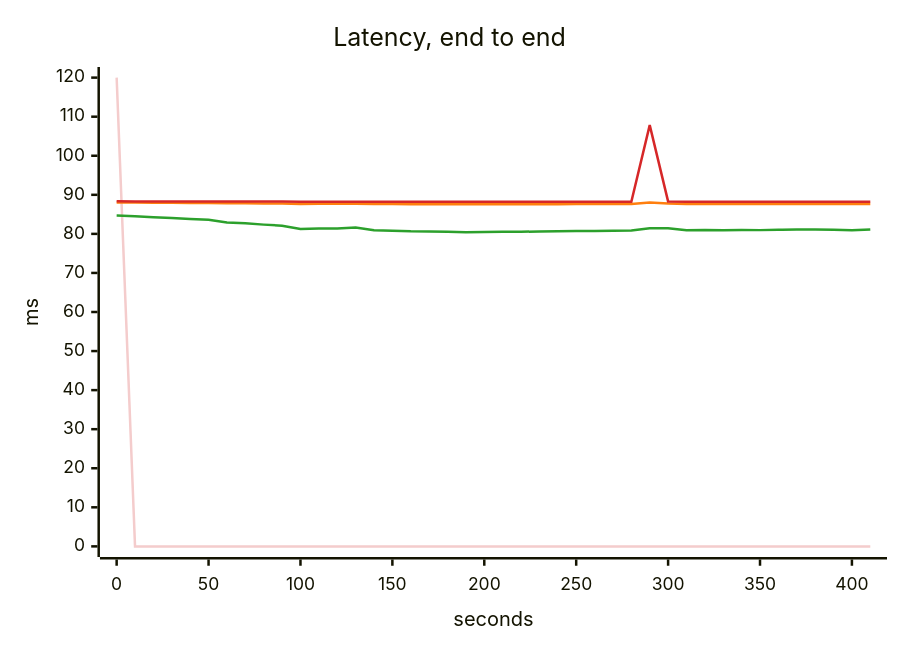
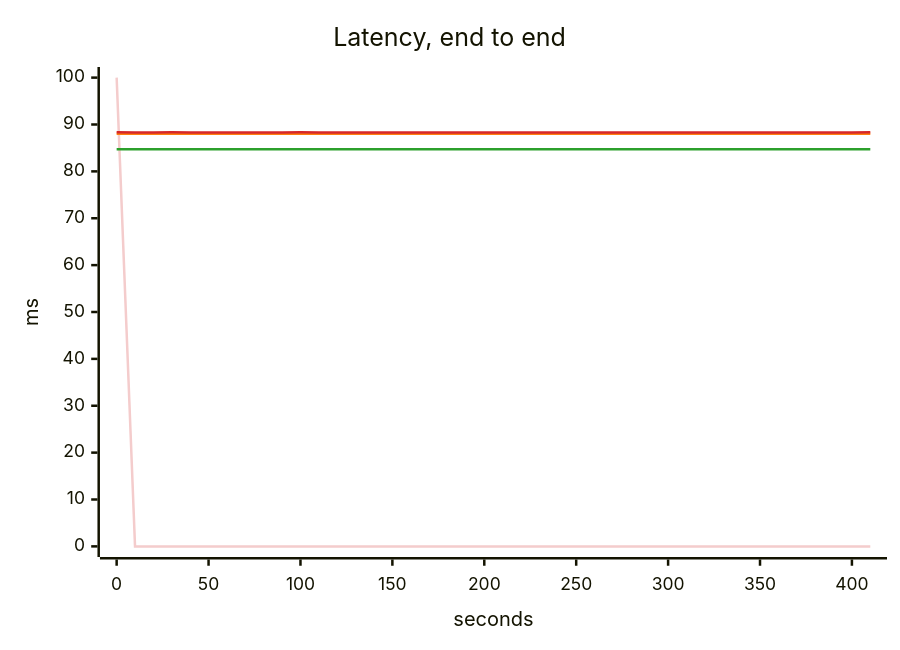
One commit to akinfemi/load-lore changed the third of 5 diagrams in scenarios/connection-pool-trap/solutions/release-between-queries/report.md. Above: the diagram before and after it, drawn with Mermaid. The commit also changed other lines of this file and 71 other files, not shown here.

````diff
--- a/scenarios/connection-pool-trap/solutions/release-between-queries/report.md
+++ b/scenarios/connection-pool-trap/solutions/release-between-queries/report.md
@@ -57,17 +57,17 @@
 ```mermaid
 ---
 config:
   themeVariables:
     xyChart:
       backgroundColor: "transparent"
       plotColorPalette: "#f4cccc, #2ca02c, #ff7f0e, #d62728"
 ---
 xychart-beta
     title "Latency, end to end"
     x-axis "seconds" 0 --> 410
-    y-axis "ms" 0 --> 120
-    line [120, 0, 0, 0, 0, 0, 0, 0, 0, 0, 0, 0, 0, 0, 0, 0, 0, 0, 0, 0, 0, 0, 0, 0, 0, 0, 0, 0, 0, 0, 0, 0, 0, 0, 0, 0, 0, 0, 0, 0, 0, 0]
-    line [84.683, 84.511, 84.272, 84.056, 83.781, 83.591, 82.91, 82.737, 82.367, 82.093, 81.244, 81.4, 81.406, 81.654, 80.913, 80.826, 80.654, 80.638, 80.569, 80.437, 80.505, 80.56, 80.528, 80.632, 80.701, 80.761, 80.744, 80.785, 80.865, 81.429, 81.464, 80.932, 81.007, 80.903, 80.992, 80.96, 81.027, 81.115, 81.136, 81.03, 80.913, 81.141]
-    line [88.04, 88.001, 87.977, 87.955, 87.928, 87.909, 87.841, 87.823, 87.786, 87.759, 87.674, 87.69, 87.692, 87.715, 87.639, 87.628, 87.605, 87.603, 87.593, 87.573, 87.583, 87.592, 87.587, 87.602, 87.612, 87.62, 87.618, 87.623, 87.633, 88.022, 87.753, 87.641, 87.65, 87.638, 87.648, 87.644, 87.652, 87.661, 87.663, 87.652, 87.639, 87.664]
-    line [88.339, 88.311, 88.306, 88.302, 88.296, 88.292, 88.279, 88.275, 88.268, 88.262, 88.245, 88.249, 88.251, 88.254, 88.238, 88.236, 88.232, 88.231, 88.229, 88.225, 88.227, 88.229, 88.228, 88.231, 88.233, 88.235, 88.234, 88.235, 88.237, 107.849, 88.312, 88.239, 88.241, 88.238, 88.24, 88.24, 88.241, 88.243, 88.243, 88.241, 88.238, 88.243]
+    y-axis "ms" 0 --> 100
+    line [100, 0, 0, 0, 0, 0, 0, 0, 0, 0, 0, 0, 0, 0, 0, 0, 0, 0, 0, 0, 0, 0, 0, 0, 0, 0, 0, 0, 0, 0, 0, 0, 0, 0, 0, 0, 0, 0, 0, 0, 0, 0]
+    line [84.734, 84.72, 84.72, 84.723, 84.72, 84.72, 84.72, 84.72, 84.72, 84.722, 84.729, 84.72, 84.722, 84.72, 84.72, 84.722, 84.72, 84.72, 84.72, 84.72, 84.72, 84.72, 84.72, 84.72, 84.72, 84.721, 84.72, 84.72, 84.72, 84.72, 84.721, 84.72, 84.72, 84.72, 84.72, 84.72, 84.72, 84.72, 84.723, 84.72, 84.721, 84.735]
+    line [88.048, 88.022, 88.022, 88.027, 88.022, 88.022, 88.022, 88.022, 88.022, 88.024, 88.037, 88.022, 88.024, 88.022, 88.022, 88.024, 88.022, 88.022, 88.022, 88.022, 88.022, 88.022, 88.022, 88.022, 88.022, 88.022, 88.022, 88.022, 88.022, 88.022, 88.023, 88.022, 88.022, 88.022, 88.022, 88.022, 88.022, 88.022, 88.026, 88.022, 88.023, 88.049]
+    line [88.342, 88.315, 88.315, 88.321, 88.315, 88.315, 88.315, 88.315, 88.315, 88.318, 88.331, 88.315, 88.317, 88.315, 88.315, 88.318, 88.315, 88.315, 88.315, 88.315, 88.315, 88.315, 88.315, 88.315, 88.315, 88.316, 88.315, 88.315, 88.315, 88.315, 88.316, 88.315, 88.315, 88.315, 88.315, 88.315, 88.315, 88.315, 88.32, 88.315, 88.316, 88.344]
 ```
````
